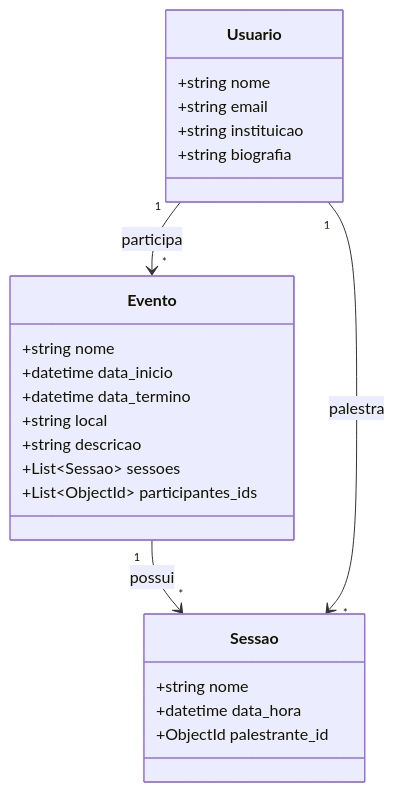
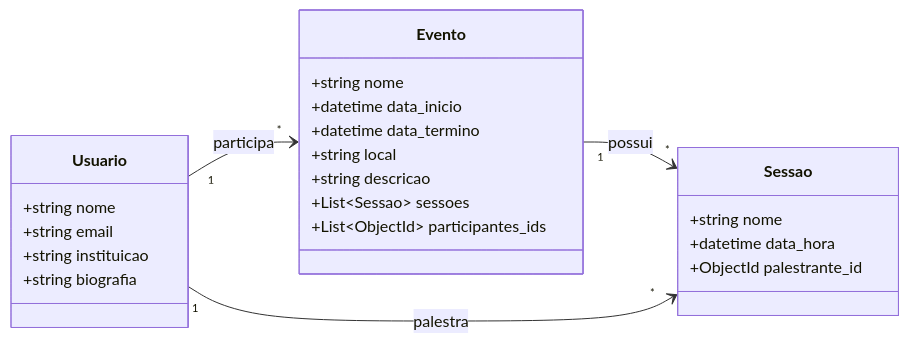
The diagram in README.md (Ashley-vic/Trabalho_final_persistencia), drawn with Mermaid before and after one commit.

````diff
--- a/README.md
+++ b/README.md
@@ -5,29 +5,30 @@
 ```mermaid
 classDiagram
+    direction LR
     class Usuario {
         +string nome
         +string email
         +string instituicao
         +string biografia
     }
     
     class Sessao {
         +string nome
         +datetime data_hora
         +ObjectId palestrante_id
     }
     
     class Evento {
         +string nome
         +datetime data_inicio
         +datetime data_termino
         +string local
         +string descricao
         +List~Sessao~ sessoes
         +List~ObjectId~ participantes_ids
     }
     
     Usuario "1" --> "*" Evento : participa
     Evento "1" --> "*" Sessao : possui
     Usuario "1" --> "*" Sessao : palestra
 ```
````
